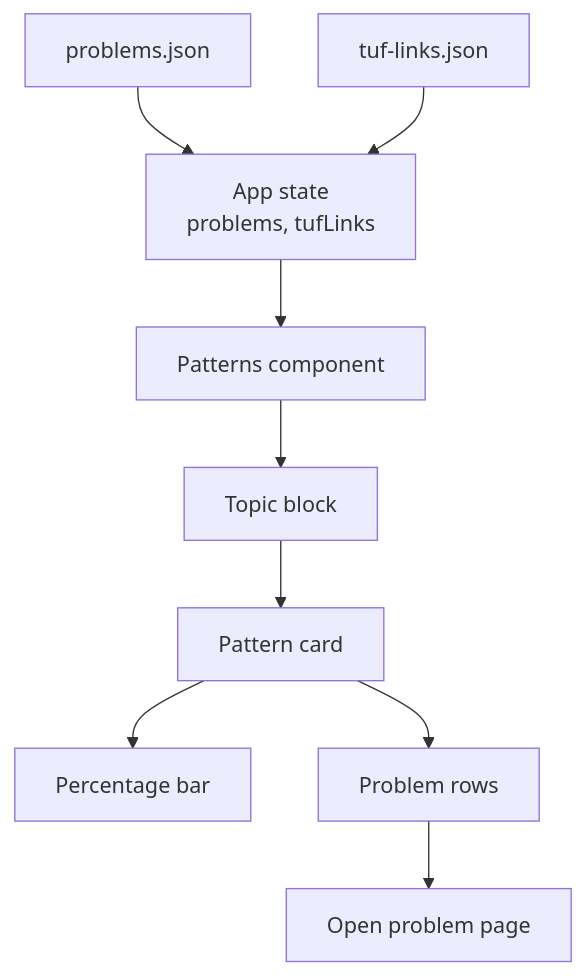
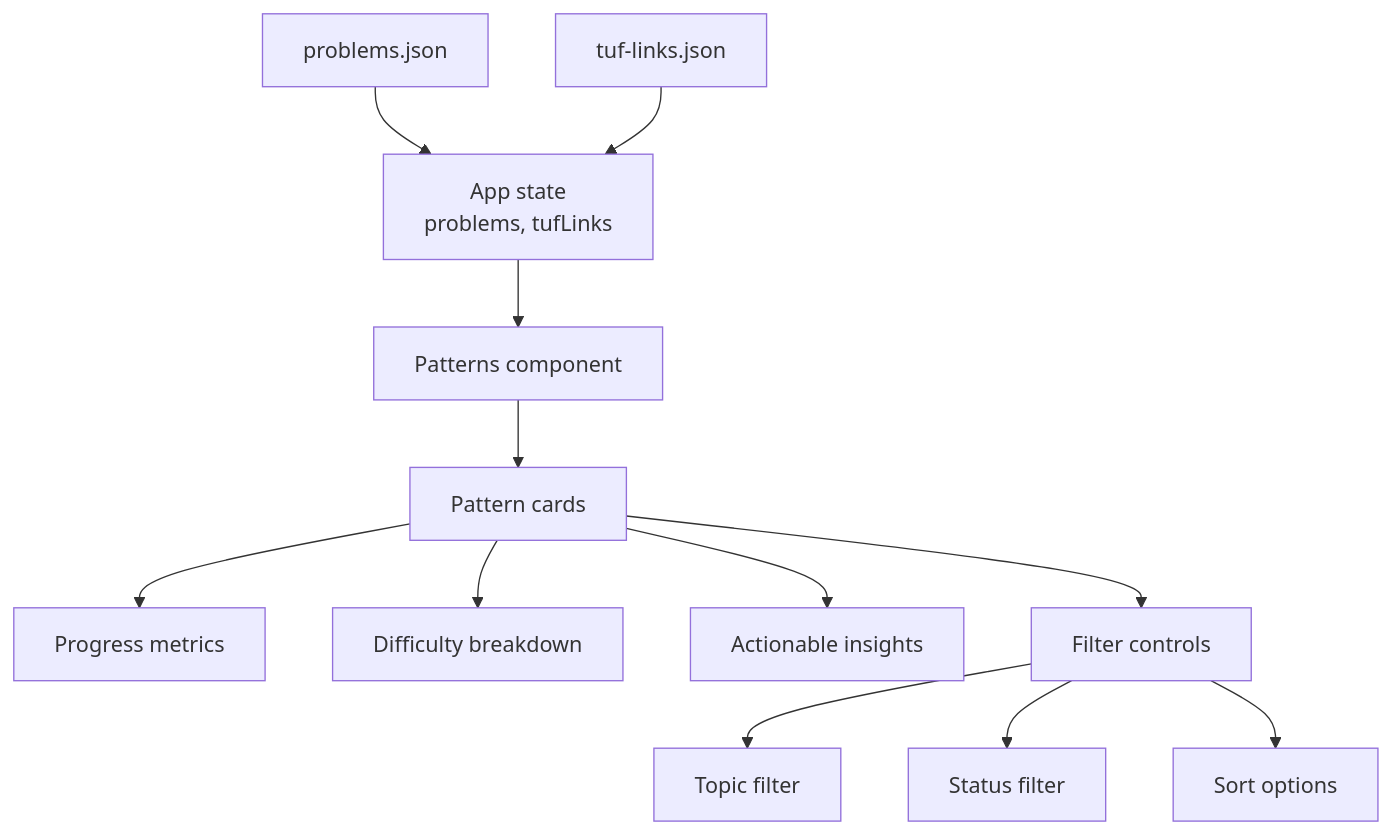
One commit to iamrituraj/DSA-Tracker changed the first of 10 diagrams in .qoder/repowiki/en/content/Frontend Application/Patterns Component.md. Above: the diagram before and after it, drawn with Mermaid. The commit also changed other lines of this file and 8 other files, not shown here.

````diff
--- a/.qoder/repowiki/en/content/Frontend Application/Patterns Component.md
+++ b/.qoder/repowiki/en/content/Frontend Application/Patterns Component.md
@@ -33,11 +39,14 @@
 ```mermaid
 graph TB
 App["App state<br/>problems, tufLinks"] --> Patterns["Patterns component"]
 Problems["problems.json"] --> App
 TUF["tuf-links.json"] --> App
-Patterns --> TopicBlock["Topic block"]
-TopicBlock --> PatternCard["Pattern card"]
-PatternCard --> ProgressBar["Percentage bar"]
-PatternCard --> ProblemList["Problem rows"]
-ProblemList --> OpenProblem["Open problem page"]
+Patterns --> PatternCards["Pattern cards"]
+PatternCards --> ProgressMetrics["Progress metrics"]
+PatternCards --> DifficultyBreakdown["Difficulty breakdown"]
+PatternCards --> ActionableInsights["Actionable insights"]
+PatternCards --> FilterControls["Filter controls"]
+FilterControls --> TopicFilter["Topic filter"]
+FilterControls --> StatusFilter["Status filter"]
+FilterControls --> SortOptions["Sort options"]
 ```
````
